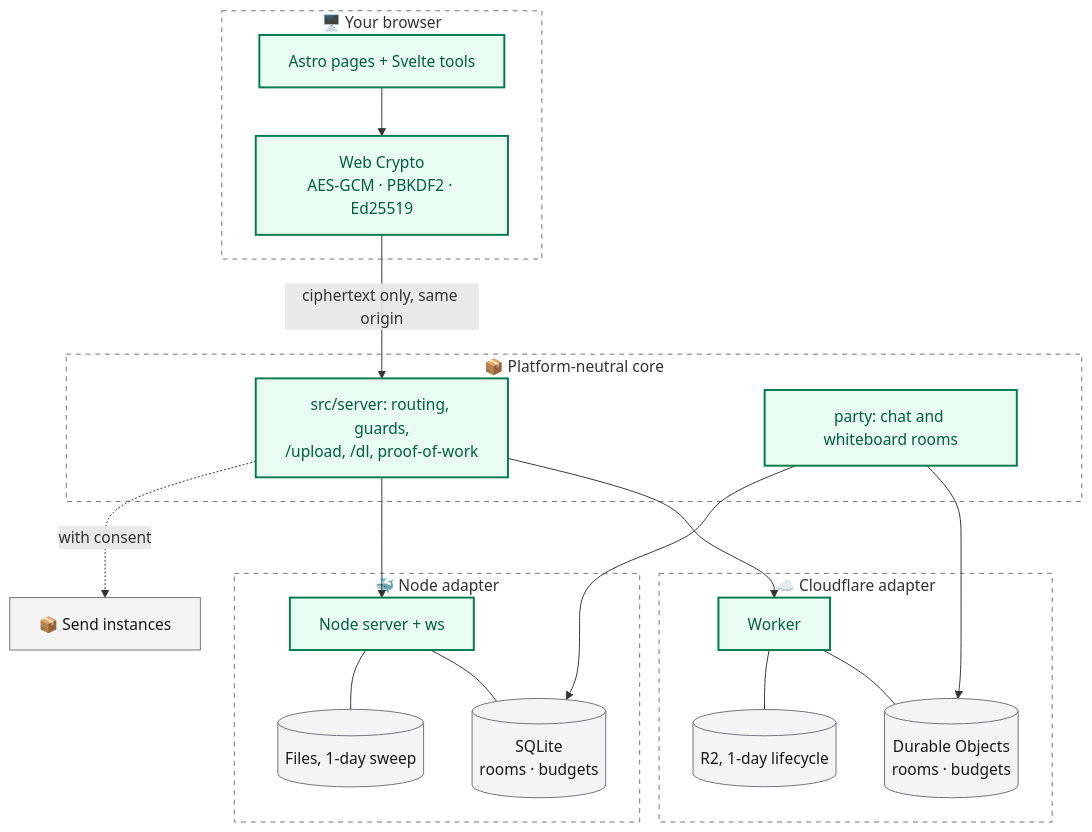
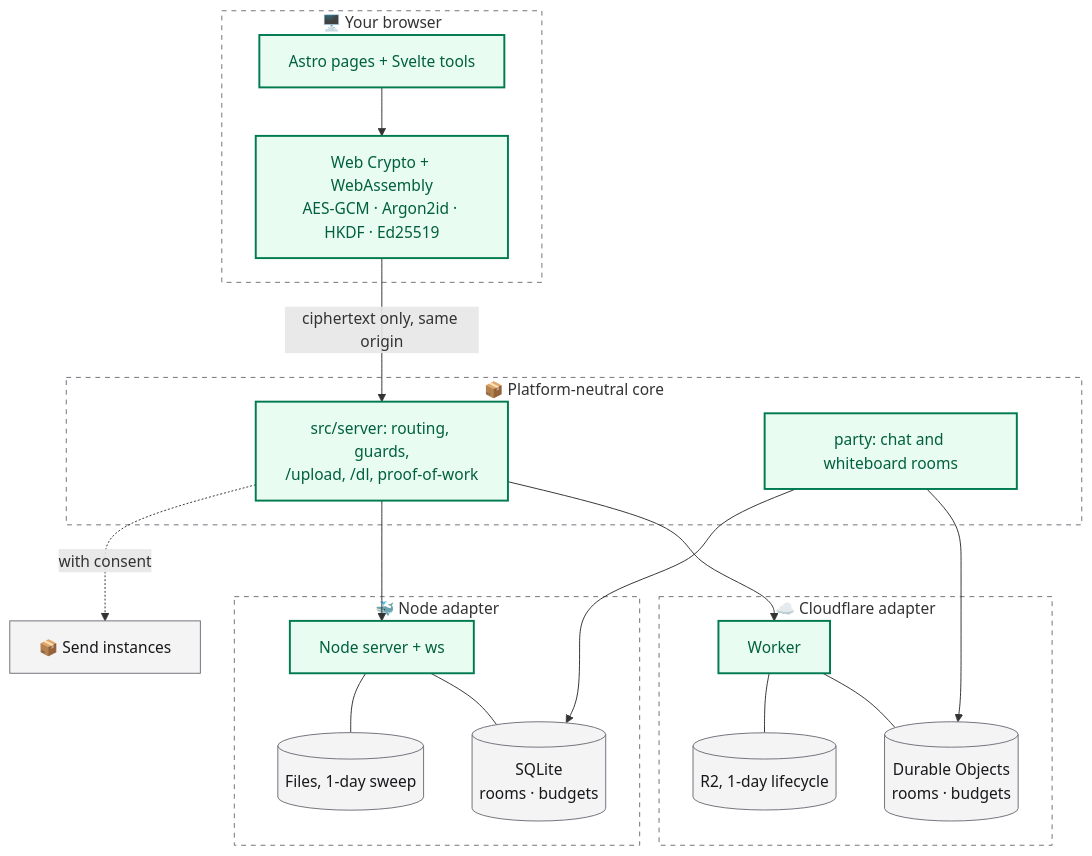
Before and after one commit to danielsebesta/encrypt: the second of 2 diagrams in README.md, drawn with Mermaid. The commit also changed 32 other files, not shown here.

````diff
--- a/README.md
+++ b/README.md
@@ -174,33 +174,33 @@
 ```mermaid
 flowchart TB
   subgraph Browser["🖥️ Your browser"]
-    UI["Astro pages + Svelte tools"] --> WC["Web Crypto<br/>AES-GCM · PBKDF2 · Ed25519"]
+    UI["Astro pages + Svelte tools"] --> WC["Web Crypto + WebAssembly<br/>AES-GCM · Argon2id · HKDF · Ed25519"]
   end
   subgraph Core["📦 Platform-neutral core"]
     APP["src/server: routing, guards,<br/>/upload, /dl, proof-of-work"]
     ROOMS["party: chat and whiteboard rooms"]
   end
   subgraph CF["☁️ Cloudflare adapter"]
     W["Worker"] --- DO[("Durable Objects<br/>rooms · budgets")]
     W --- R2[("R2, 1-day lifecycle")]
   end
   subgraph NODE["🐳 Node adapter"]
     N["Node server + ws"] --- SQL[("SQLite<br/>rooms · budgets")]
     N --- FS[("Files, 1-day sweep")]
   end
   WC -- "ciphertext only, same origin" --> APP
   APP --> W
   APP --> N
   ROOMS --> DO
   ROOMS --> SQL
   APP -. "with consent" .-> SEND["📦 Send instances"]
 
   classDef brand fill:#e9fcf1,stroke:#007a4f,color:#00603d,stroke-width:2px;
   classDef neutral fill:#f4f4f5,stroke:#71717a,color:#18181b;
   class UI,WC,APP,ROOMS,W,N brand;
   class DO,R2,SQL,FS,SEND neutral;
   style Browser fill:none,stroke:#71717a,stroke-dasharray:5 5
   style Core fill:none,stroke:#71717a,stroke-dasharray:5 5
   style CF fill:none,stroke:#71717a,stroke-dasharray:5 5
   style NODE fill:none,stroke:#71717a,stroke-dasharray:5 5
 ```
````
